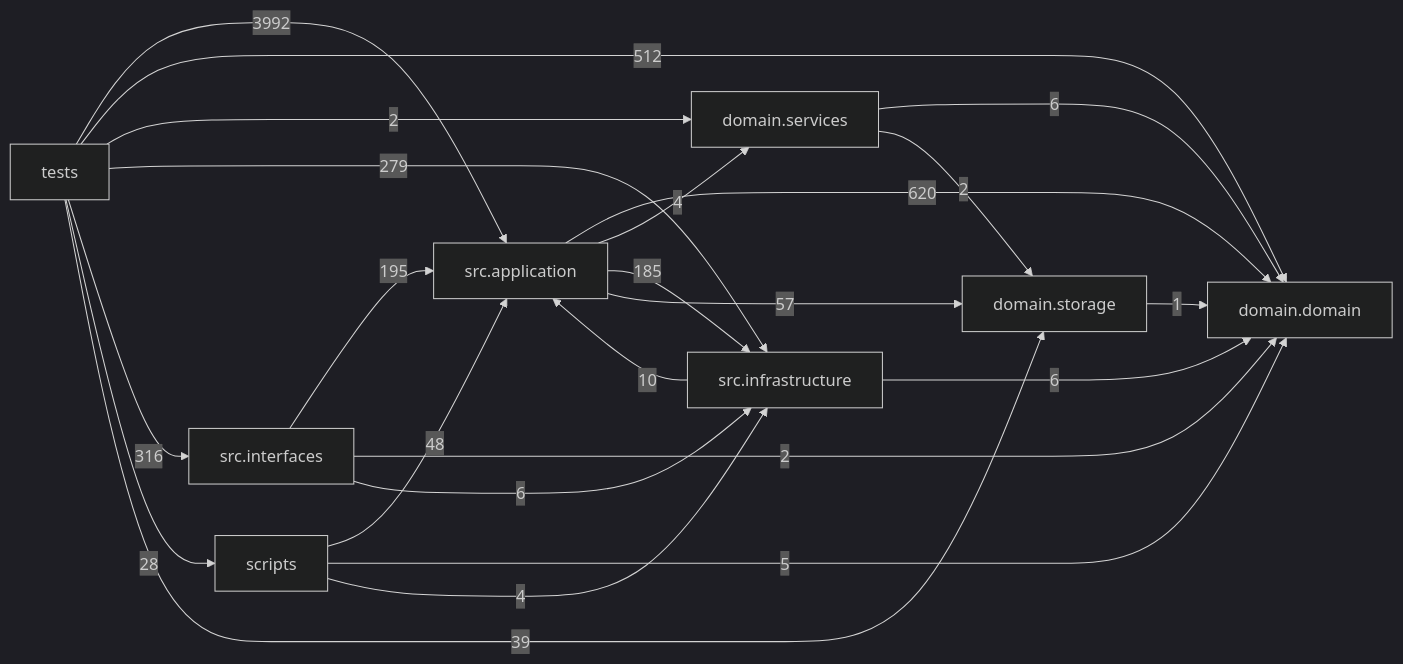
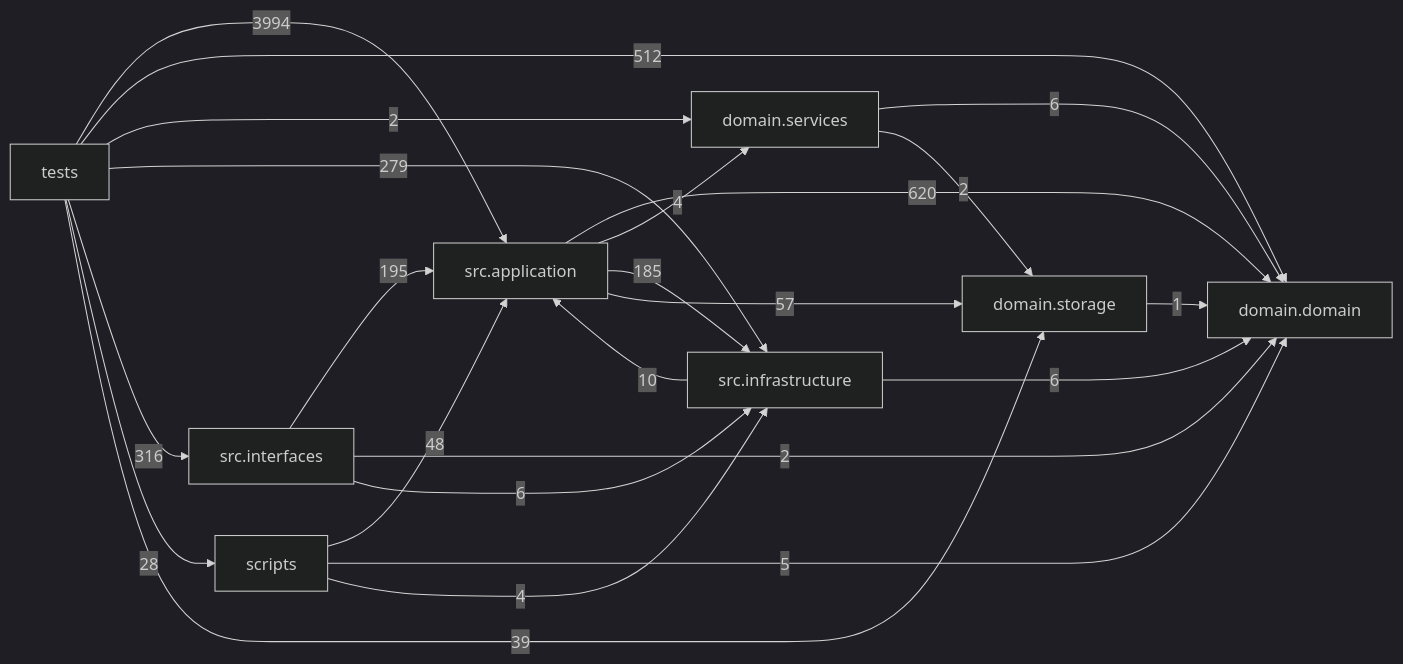
One commit to liuxie066/options-monitor changed the diagram in docs/DEPENDENCY_GRAPH.md. Above: the diagram before and after it, drawn with Mermaid (dark theme). The commit also changed other lines of this file and 2 other files, not shown here.

Commit message:
fix(gateflow): accept legacy-schema query re-review

````diff
--- a/docs/DEPENDENCY_GRAPH.md
+++ b/docs/DEPENDENCY_GRAPH.md
@@ -24,33 +24,33 @@
 ```mermaid
 flowchart LR
   tests["tests"]
   scripts["scripts"]
   interfaces["src.interfaces"]
   application["src.application"]
   infrastructure["src.infrastructure"]
   domain_services["domain.services"]
   domain["domain.domain"]
   storage["domain.storage"]
   application -->|620| domain
   application -->|4| domain_services
   application -->|185| infrastructure
   application -->|57| storage
   domain_services -->|6| domain
   domain_services -->|2| storage
   infrastructure -->|10| application
   infrastructure -->|6| domain
   interfaces -->|195| application
   interfaces -->|2| domain
   interfaces -->|6| infrastructure
   scripts -->|48| application
   scripts -->|5| domain
   scripts -->|4| infrastructure
   storage -->|1| domain
-  tests -->|3992| application
+  tests -->|3994| application
   tests -->|512| domain
   tests -->|2| domain_services
   tests -->|279| infrastructure
   tests -->|316| interfaces
   tests -->|28| scripts
   tests -->|39| storage
 ```
````
